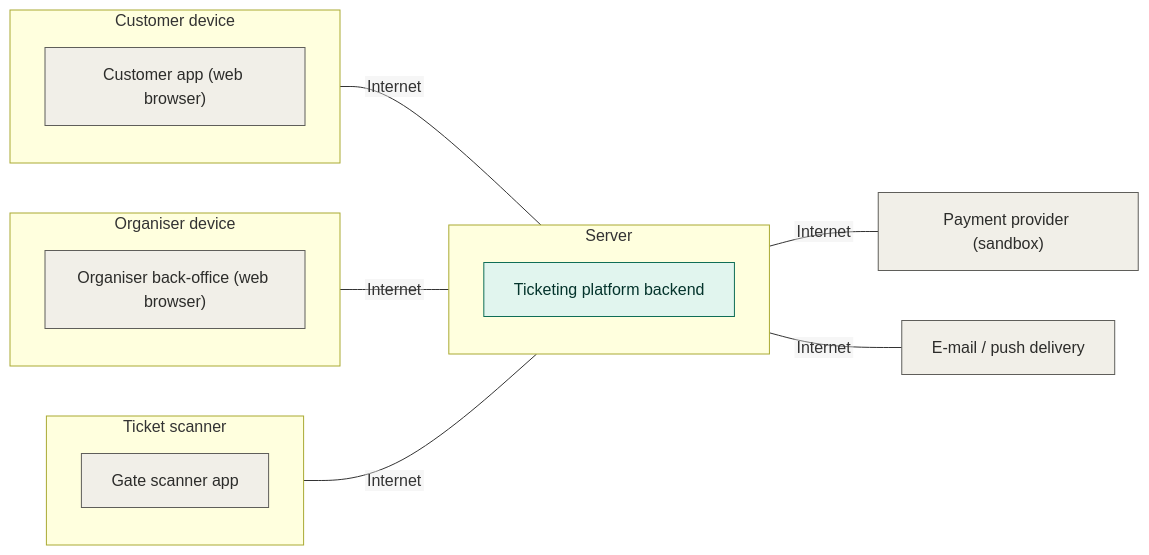
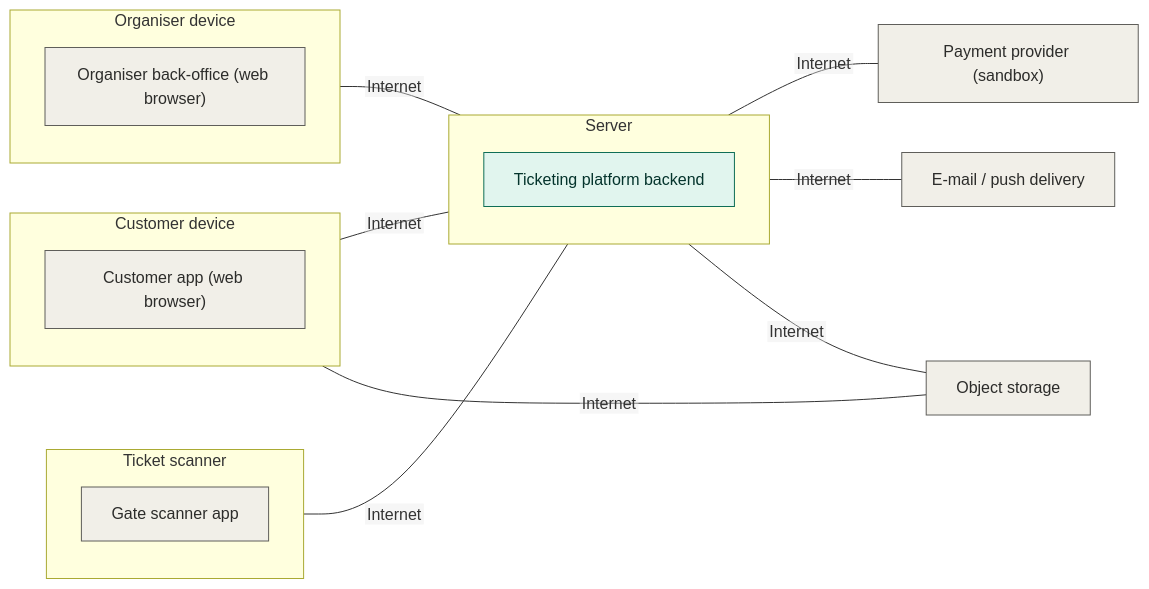
One commit to devgfe/polito-wa2-ticketing changed the second of 3 diagrams in docs/milestones/M1-team-scope-and-services.md. Above: the diagram before and after it, drawn with Mermaid. The commit also changed other lines of this file and 23 other files, not shown here.

Commit message:
docs(m2): add openapi drafts, data ownership, purchase flow and adrs

````diff
--- a/docs/milestones/M1-team-scope-and-services.md
+++ b/docs/milestones/M1-team-scope-and-services.md
@@ -184,29 +195,31 @@
 ```mermaid
 %%{init: {"flowchart": {"htmlLabels": false}}}%%
 flowchart LR
   subgraph cdev["Customer device"]
     spa["Customer app (web browser)"]
   end
   subgraph opc["Organiser device"]
     bo["Organiser back-office (web browser)"]
   end
   subgraph gdev["Ticket scanner"]
     scan["Gate scanner app"]
   end
   subgraph server["Server"]
     be["Ticketing platform backend"]
   end
   psp["Payment provider (sandbox)"]
   mail["E-mail / push delivery"]
 
   cdev -- "Internet" --- server
   opc -- "Internet" --- server
   gdev -- "Internet" --- server
   server -- "Internet" --- psp
   server -- "Internet" --- mail
+  server -- "Internet" --- os["Object storage"]
+  cdev -- "Internet" --- os
 
   classDef own fill:#E1F5EE,stroke:#0F6E56,color:#04342C
   classDef ext fill:#F1EFE8,stroke:#5F5E5A,color:#2C2C2A
   class be own
-  class spa,bo,scan,psp,mail ext
+  class spa,bo,scan,psp,mail,os ext
 ```
````
